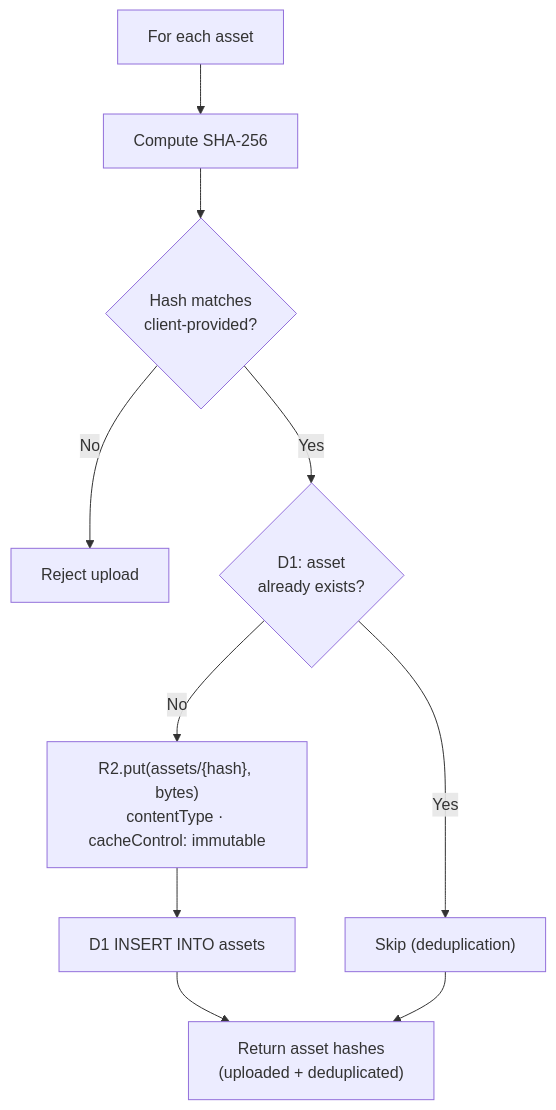
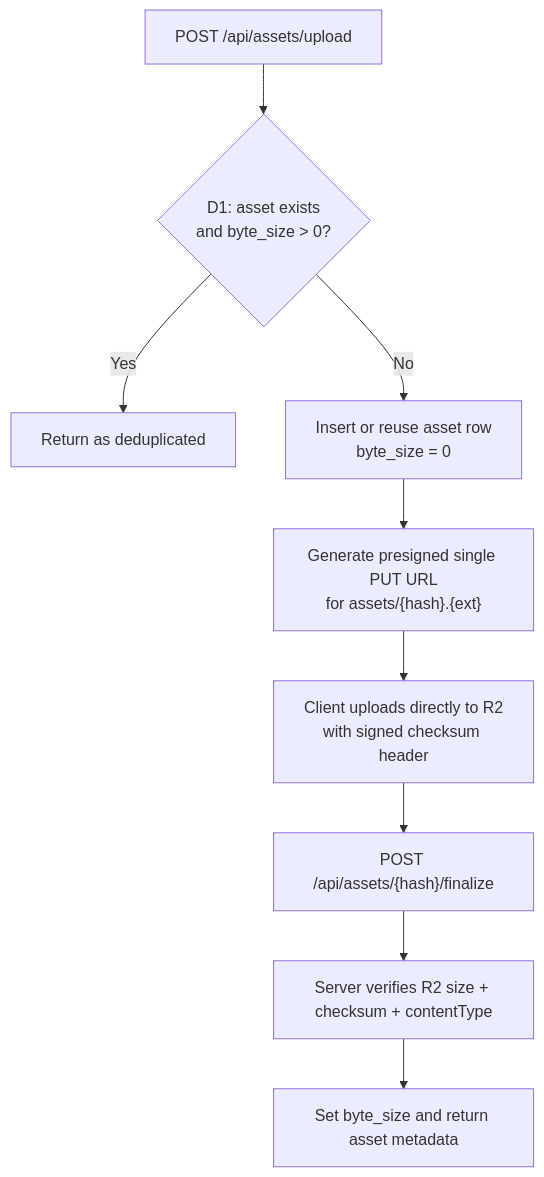
The first of 3 diagrams in docs/specs/server/06-publishing.md (aislopware/better-update), drawn with Mermaid before and after one commit. The commit also changed other lines of this file and 37 other files, not shown here.

Commit message:
feat(repo): switch uploads to direct r2 flow

````diff
--- a/docs/specs/server/06-publishing.md
+++ b/docs/specs/server/06-publishing.md
@@ -20,12 +21,11 @@
 ```mermaid
 flowchart TD
-    Start["For each asset"] --> Hash["Compute SHA-256"]
-    Hash --> Verify{"Hash matches<br/>client-provided?"}
-    Verify -->|No| Reject["Reject upload"]
-    Verify -->|Yes| Exists{"D1: asset<br/>already exists?"}
-    Exists -->|Yes| Skip["Skip (deduplication)"]
-    Exists -->|No| Upload["R2.put(assets/{hash}, bytes)<br/>contentType · cacheControl: immutable"]
-    Upload --> Insert["D1 INSERT INTO assets"]
-    Insert --> Done["Return asset hashes<br/>(uploaded + deduplicated)"]
-    Skip --> Done
+    Start["POST /api/assets/upload"] --> Exists{"D1: asset exists<br/>and byte_size > 0?"}
+    Exists -->|Yes| Skip["Return as deduplicated"]
+    Exists -->|No| Insert["Insert or reuse asset row<br/>byte_size = 0"]
+    Insert --> Sign["Generate presigned single PUT URL<br/>for assets/{hash}.{ext}"]
+    Sign --> Upload["Client uploads directly to R2<br/>with signed checksum header"]
+    Upload --> Finalize["POST /api/assets/{hash}/finalize"]
+    Finalize --> Verify["Server verifies R2 size + checksum + contentType"]
+    Verify --> Done["Set byte_size and return asset metadata"]
 ```
````
